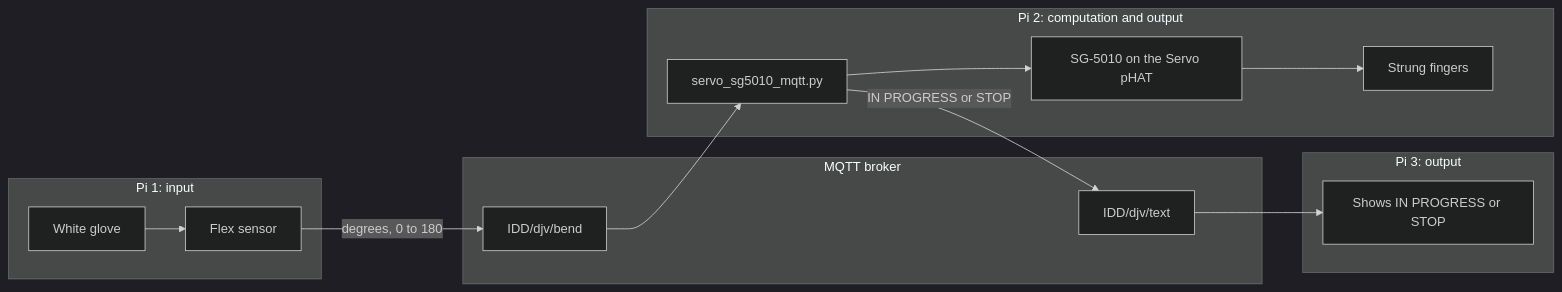
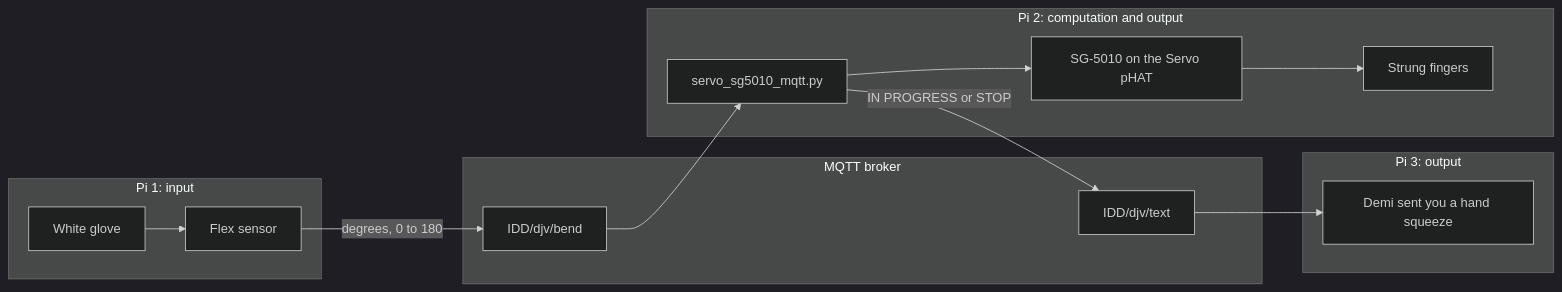
The diagram in Lab 6/README.md (jaclynpham/Jaclyn-Lab-Hub), drawn with Mermaid (dark theme) before and after one commit. The commit also changed other lines of this file and 1 other file, not shown here.

````diff
--- a/Lab 6/README.md
+++ b/Lab 6/README.md
@@ -89,23 +89,23 @@
 ```mermaid
 flowchart LR
   subgraph input [Pi 1: input]
     Glove[White glove]
     Flex[Flex sensor]
     Glove --> Flex
   end
   subgraph broker [MQTT broker]
     Bend["IDD/djv/bend"]
     Text["IDD/djv/text"]
   end
   subgraph action [Pi 2: computation and output]
     Script[servo_sg5010_mqtt.py]
     Servo[SG-5010 on the Servo pHAT]
     Hand[Strung fingers]
     Script --> Servo --> Hand
   end
   subgraph notice [Pi 3: output]
-    Note[Shows IN PROGRESS or STOP]
+    Note["Demi sent you a hand squeeze"]
   end
   Flex -->|"degrees, 0 to 180"| Bend --> Script
   Script -->|"IN PROGRESS or STOP"| Text --> Note
 ```
````
